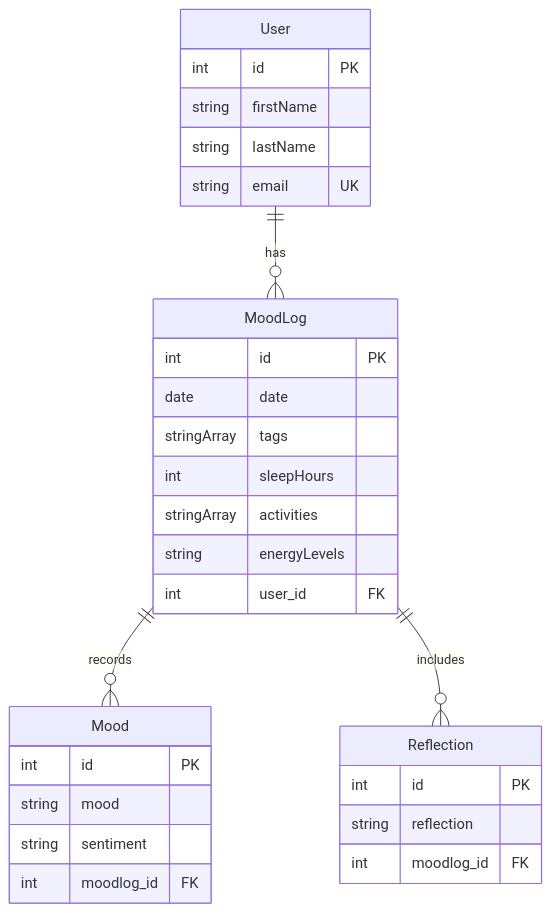
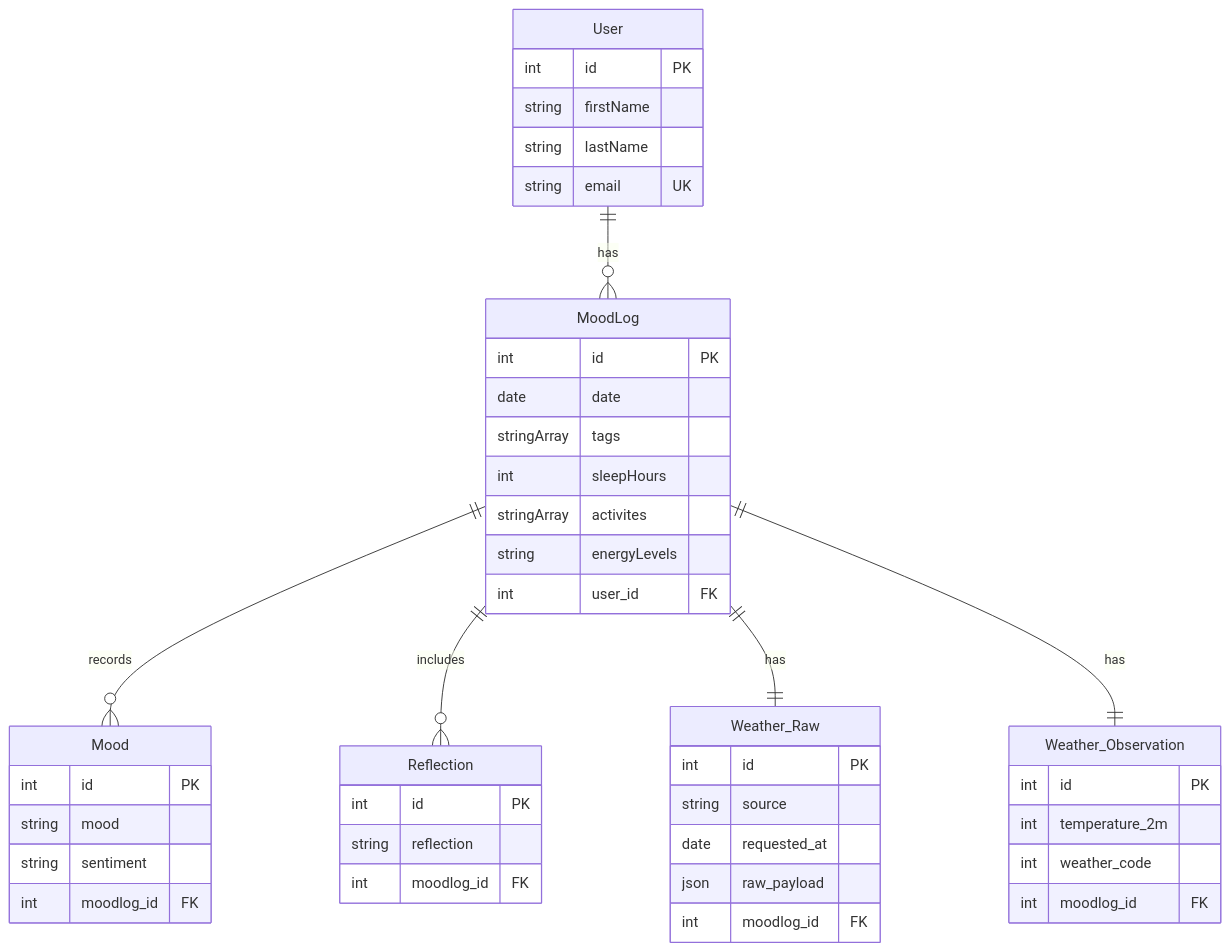
One commit to ethneystewart/end-to-end-data-analytics-program changed the diagram in README.md. Above: the diagram before and after it, drawn with Mermaid. The commit also changed other lines of this file and 18 other files, not shown here.

````diff
--- a/README.md
+++ b/README.md
@@ -18,32 +18,47 @@
 ```mermaid
 erDiagram
     User ||--o{ MoodLog : has
     MoodLog ||--o{ Mood : records
     MoodLog ||--o{ Reflection : includes
+    MoodLog ||--|| Weather_Raw : has
+    MoodLog ||--|| Weather_Observation : has
     User {
         int id PK
         string firstName
         string lastName
         string email UK
     }
-    MoodLog { 
+    MoodLog{ 
         int id PK 
         date date 
         stringArray tags
         int sleepHours
-        stringArray activities
+        stringArray activites
         string energyLevels
         int user_id FK 
     }
-    Reflection { 
+    Reflection{ 
         int id PK 
         string reflection
         int moodlog_id FK
     }
-    Mood { 
+        Mood{ 
         int id PK 
         string mood
         string sentiment
         int moodlog_id FK
     }
+    Weather_Raw{ 
+        int id PK 
+        string source 
+        date requested_at
+        json raw_payload
+        int moodlog_id FK
+    }
+    Weather_Observation{ 
+        int id PK
+        int temperature_2m 
+        int weather_code 
+        int moodlog_id FK
+    }
 ```
````
